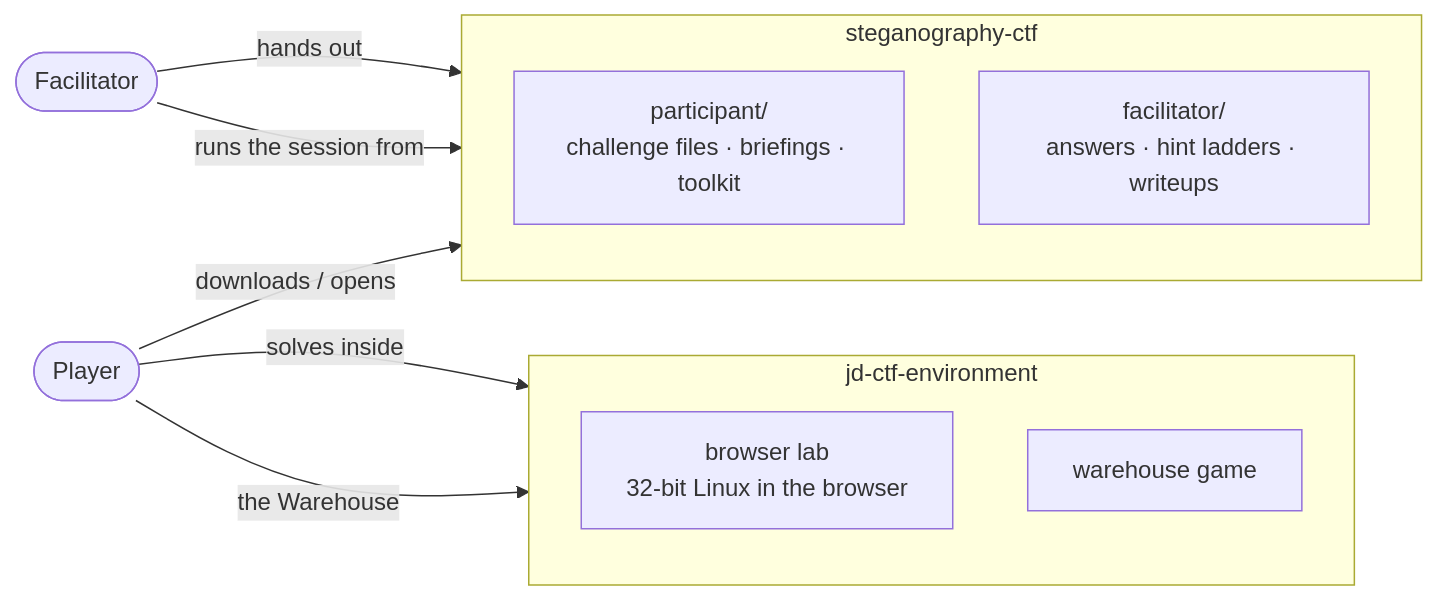
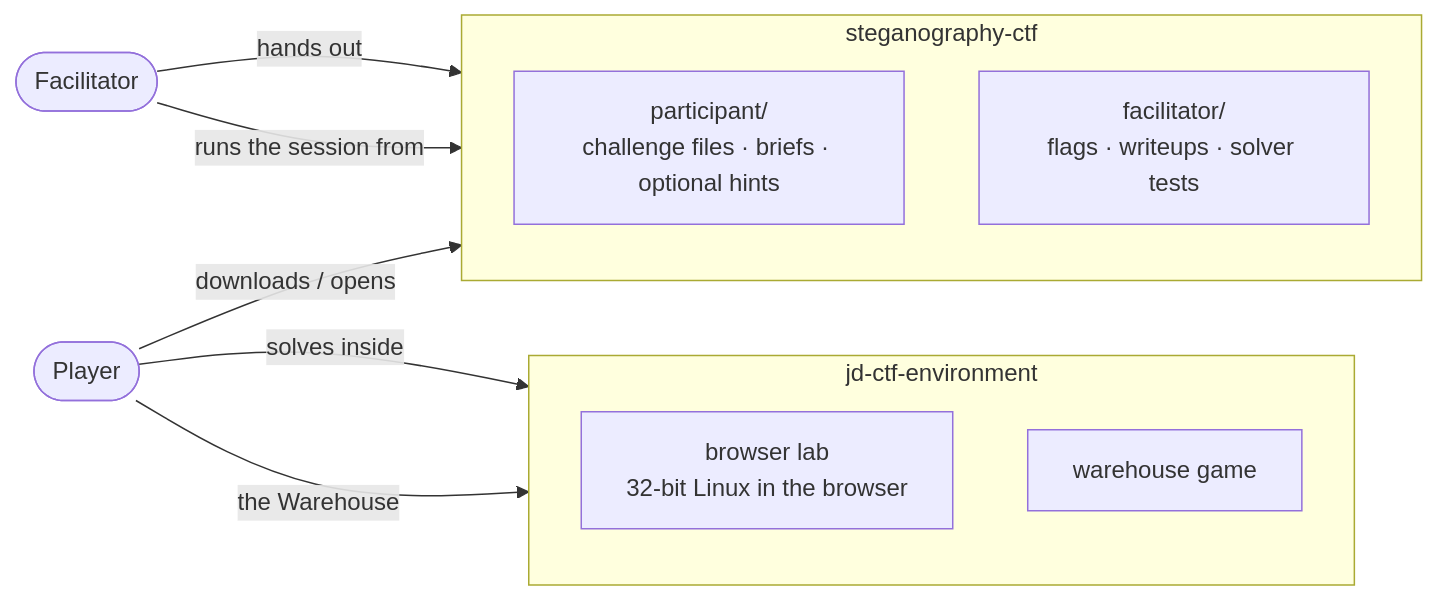
One commit to jdtherobot/jdtherobot.github.io changed the first of 2 diagrams in src/content/readmes/steganography-ctf/README.md. Above: the diagram before and after it, drawn with Mermaid. The commit also changed other lines of this file, not shown here.

````diff
--- a/src/content/readmes/steganography-ctf/README.md
+++ b/src/content/readmes/steganography-ctf/README.md
@@ -24,18 +24,18 @@
 ```mermaid
 flowchart LR
   subgraph content["steganography-ctf"]
     direction TB
-    P["participant/<br/>challenge files · briefings · toolkit"]
-    F["facilitator/<br/>answers · hint ladders · writeups"]
+    P["participant/<br/>challenge files · briefs · optional hints"]
+    F["facilitator/<br/>flags · writeups · solver tests"]
   end
   subgraph env["jd-ctf-environment"]
     direction TB
     LAB["browser lab<br/>32-bit Linux in the browser"]
     GAME["warehouse game"]
   end
   FAC(["Facilitator"]) -->|hands out| P
   FAC -->|runs the session from| F
   PLAYER(["Player"]) -->|downloads / opens| P
   PLAYER -->|solves inside| LAB
   PLAYER -->|the Warehouse| GAME
 ```
````
